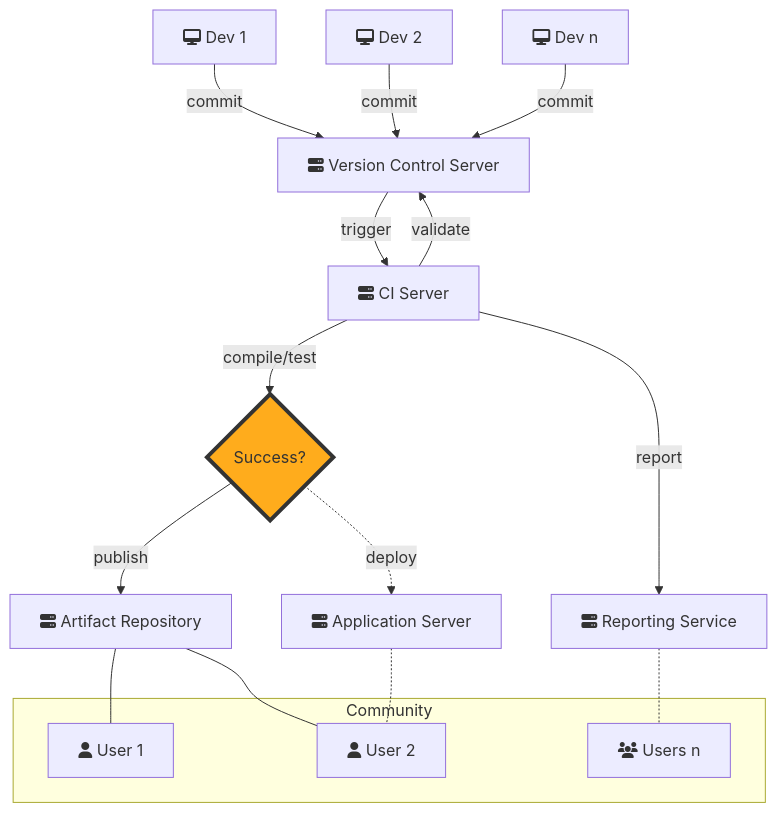
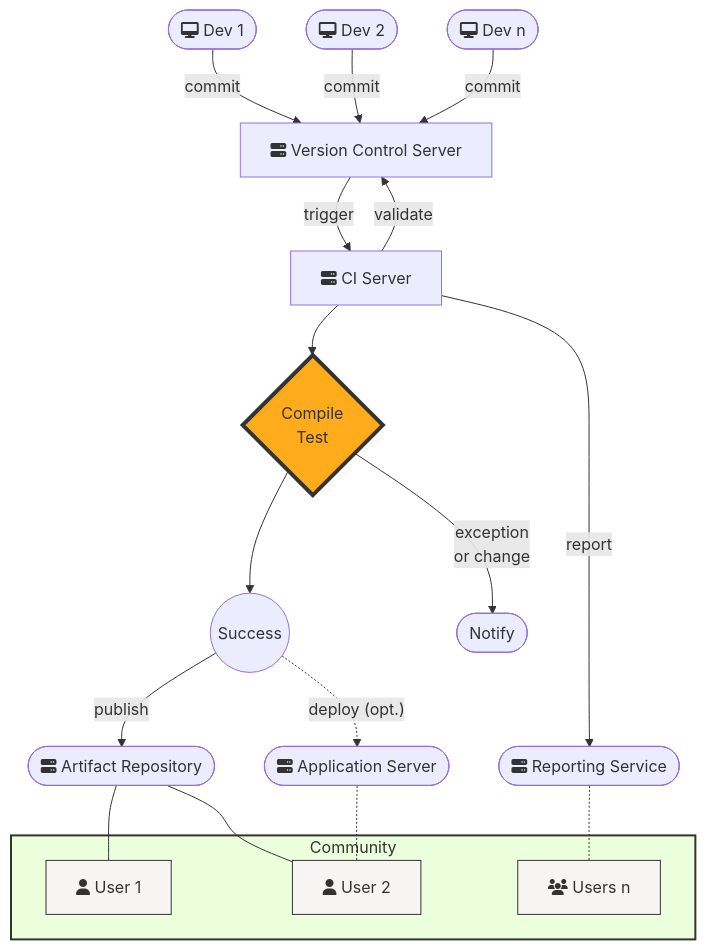
Before and after one commit to NASA-AMMOS/slim: the second of 2 diagrams in continuous-integration/reference-architectures/README.md, drawn with Mermaid.

Commit message:
Issue #33: Update Actor/Automation graph to better reflect terminus and start points. ...

````diff
--- a/continuous-integration/reference-architectures/README.md
+++ b/continuous-integration/reference-architectures/README.md
@@ -160,22 +160,30 @@
 ```mermaid
 graph TB
-    D1[fa:fa-desktop Dev 1] -->|commit| R[fa:fa-server Version Control Server]
-    D2[fa:fa-desktop Dev 2] -->|commit| R
-    Dn[fa:fa-desktop Dev n] -->|commit| R
+    D1([fa:fa-desktop Dev 1]) -->|commit| R[fa:fa-server Version Control Server]
+    D2([fa:fa-desktop Dev 2]) -->|commit| R
+    Dn([fa:fa-desktop Dev n]) -->|commit| R
     R -->|trigger| C[fa:fa-server CI Server]
     C-->|validate| R
-    C-->|report| RS[fa:fa-server Reporting Service]
-    Q{Success?}
+    C-->|report| RS([fa:fa-server Reporting Service])
+    Q{Compile<br/>Test}
+    S((Success))
+    F([Notify])
     style Q fill:#FFAC1C,stroke:#333,stroke-width:4px
-    C-->|compile/test|Q
-    Q-->|publish| AR[fa:fa-server Artifact Repository]
-    Q-.->|deploy| AS[fa:fa-server Application Server]
+    C-->Q
+    Q-->S
+    Q-->|exception<br/>or change|F
+    S-->|publish| AR([fa:fa-server Artifact Repository])
+    S-.->|"deploy (opt.)"| AS([fa:fa-server Application Server])
     subgraph Community
         U1[fa:fa-user User 1]
         U2[fa:fa-user User 2]
         Un[fa:fa-users Users n]
     end
     AR---U1 & U2
     AS-.-U2
     RS-.-Un
+    style Community fill:#ECFFDC,stroke:#333,stroke-width:2px
+    style U1 fill:#F6F5F3,stroke:#333,stroke-width:1px
+    style U2 fill:#F6F5F3,stroke:#333,stroke-width:1px
+    style Un fill:#F6F5F3,stroke:#333,stroke-width:1px
 ```
````
